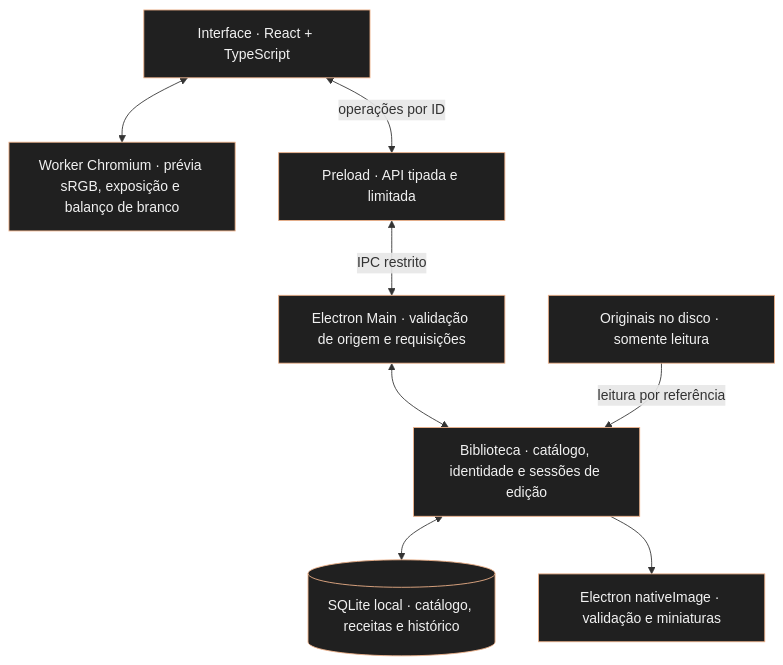
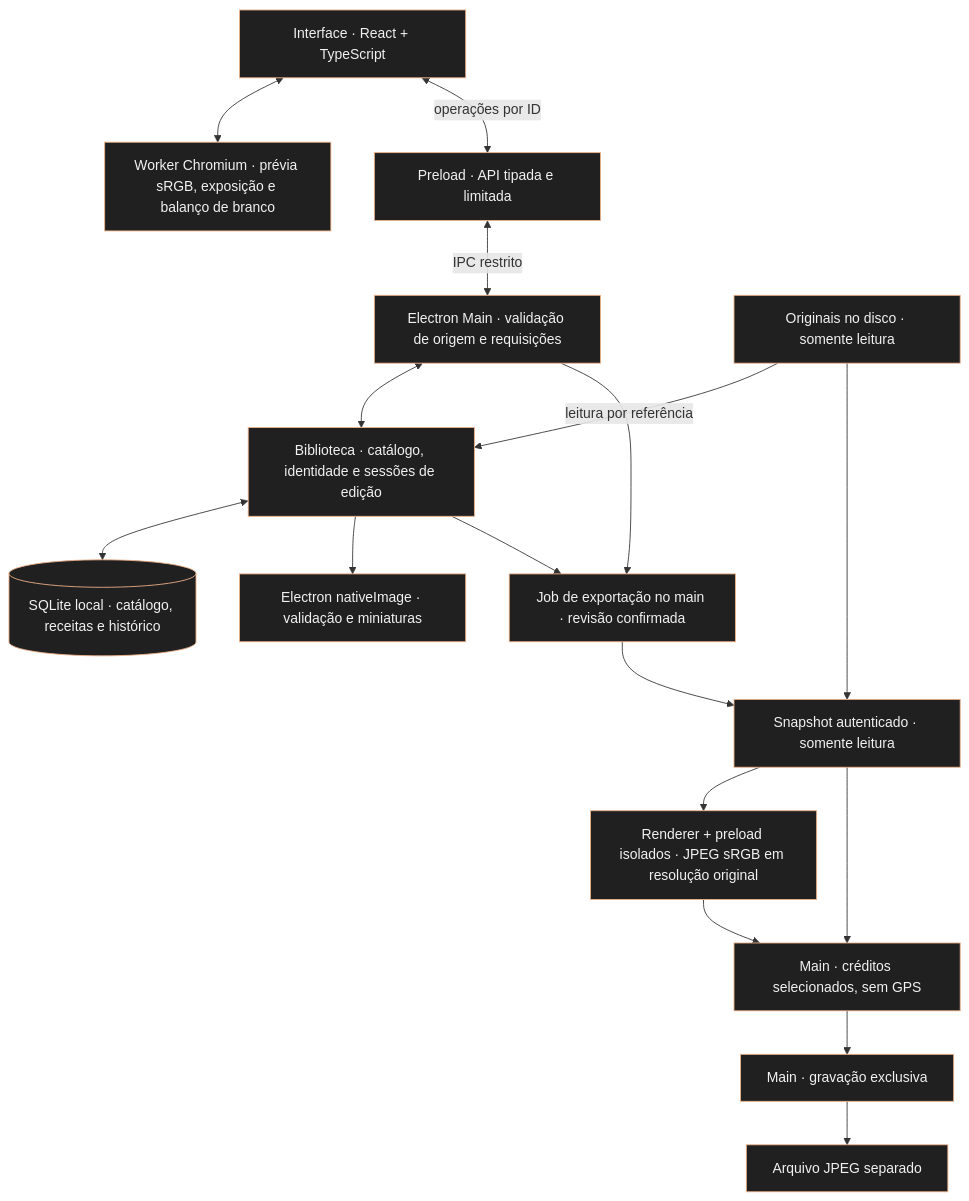
One commit to glaucia86/revelumo changed the diagram in README.pt-BR.md. Above: the diagram before and after it, drawn with Mermaid. The commit also changed other lines of this file and 41 other files, not shown here.

````diff
--- a/README.pt-BR.md
+++ b/README.pt-BR.md
@@ -224,22 +228,38 @@
 ```mermaid
 flowchart TB
     UI["Interface · React + TypeScript"]
     EDIT["Worker Chromium · prévia sRGB, exposição e balanço de branco"]
     PRE["Preload · API tipada e limitada"]
     MAIN["Electron Main · validação de origem e requisições"]
     LIB["Biblioteca · catálogo, identidade e sessões de edição"]
     DB[("SQLite local · catálogo, receitas e histórico")]
     DEC["Electron nativeImage · validação e miniaturas"]
     FILES["Originais no disco · somente leitura"]
 
     UI <--> EDIT
     UI <-->|"operações por ID"| PRE
     PRE <-->|"IPC restrito"| MAIN
     MAIN <--> LIB
     LIB <--> DB
     LIB --> DEC
     FILES -->|"leitura por referência"| LIB
 
+    JOB["Job de exportação no main · revisão confirmada"]
+    SNAP["Snapshot autenticado · somente leitura"]
+    ENGINE["Renderer + preload isolados · JPEG sRGB em resolução original"]
+    META["Main · créditos selecionados, sem GPS"]
+    WRITE["Main · gravação exclusiva"]
+    OUTPUT["Arquivo JPEG separado"]
+    MAIN --> JOB
+    LIB --> JOB
+    JOB --> SNAP
+    FILES --> SNAP
+    SNAP --> ENGINE
+    SNAP --> META
+    ENGINE --> META
+    META --> WRITE
+    WRITE --> OUTPUT
+
     classDef local fill:#202020,stroke:#efb28a,color:#f1f1f1;
-    class UI,EDIT,PRE,MAIN,LIB,DB,DEC,FILES local;
+    class UI,EDIT,PRE,MAIN,LIB,DB,DEC,FILES,JOB,SNAP,ENGINE,META,WRITE,OUTPUT local;
 ```
````
